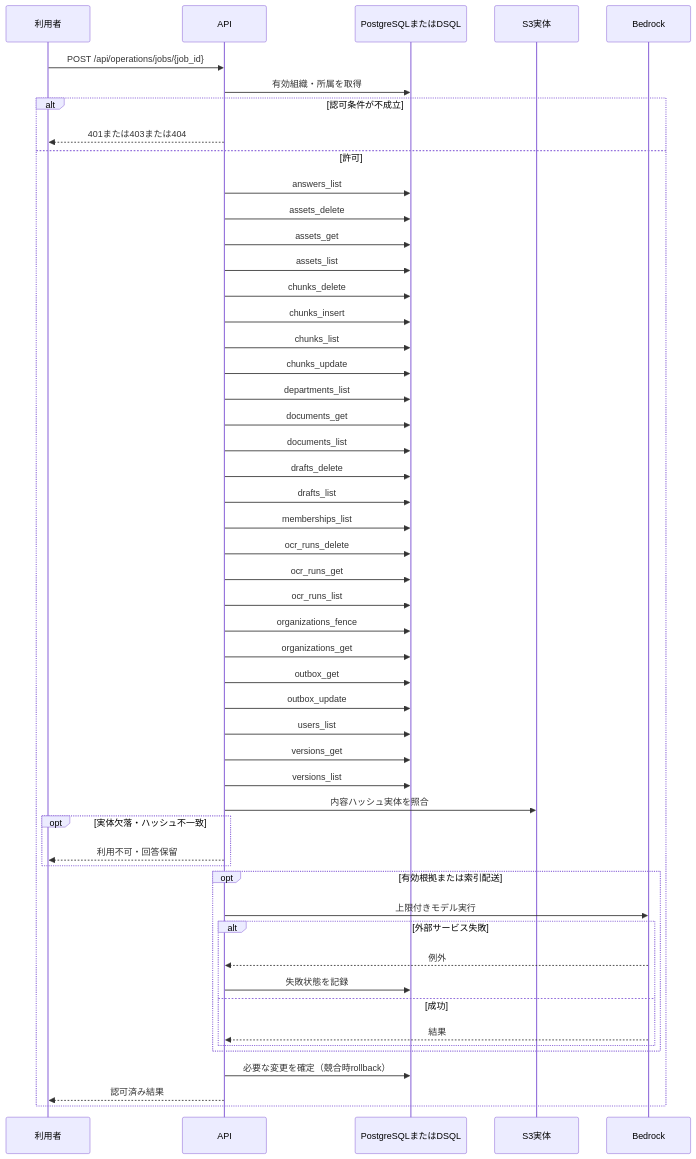
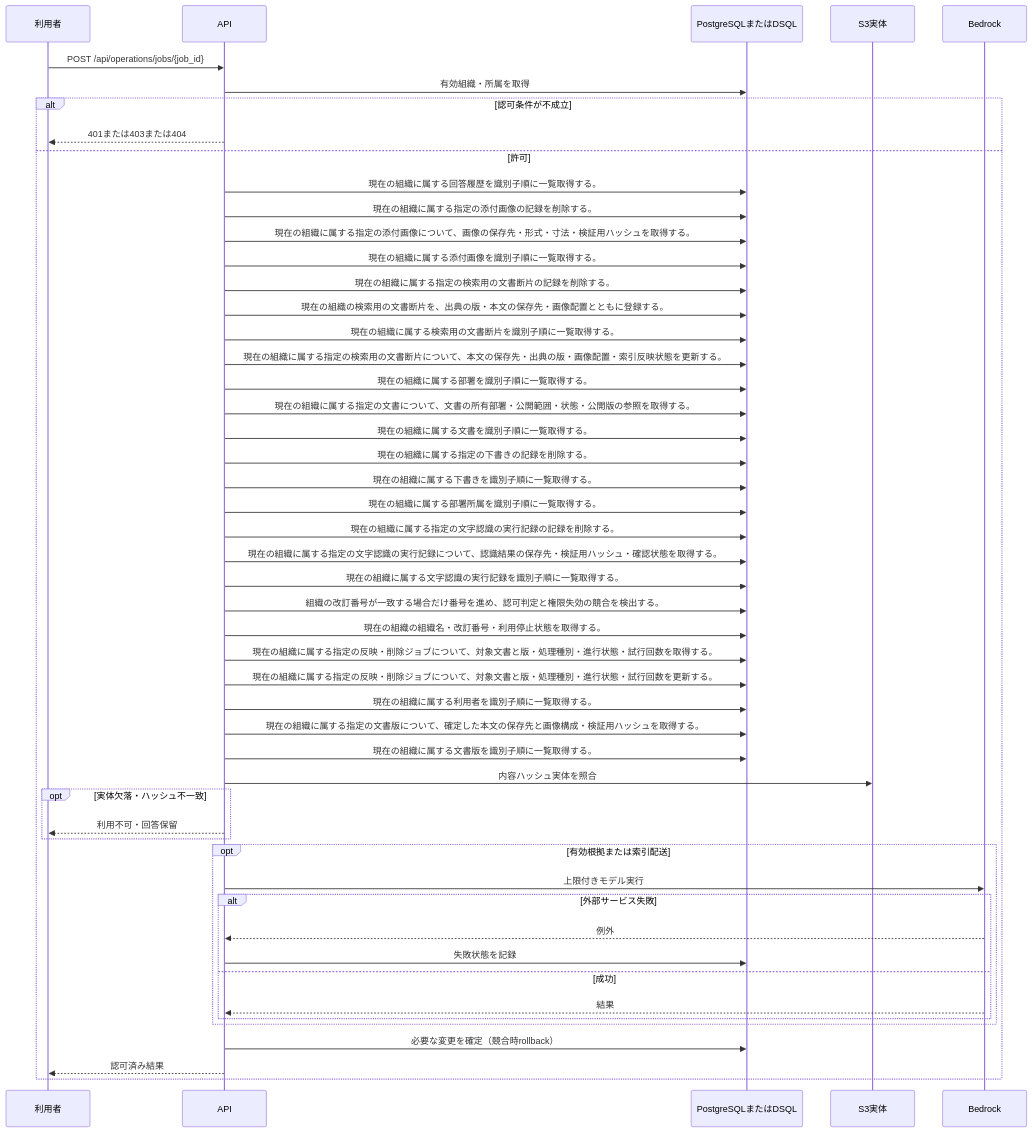
Before and after one commit to tsuji-tomonori/KotoRelay: the diagram in docs/design/generated/api/operations/retry_job/sequence.md, drawn with Mermaid. The commit also changed other lines of this file and 286 other files, not shown here.

````diff
--- a/docs/design/generated/api/operations/retry_job/sequence.md
+++ b/docs/design/generated/api/operations/retry_job/sequence.md
@@ -7,53 +7,53 @@
 ```mermaid
 sequenceDiagram
     participant U as 利用者
     participant A as API
     participant D as PostgreSQLまたはDSQL
     participant S as S3実体
     participant M as Bedrock
     U->>A: POST /api/operations/jobs/{job_id}
     A->>D: 有効組織・所属を取得
     alt 認可条件が不成立
         A-->>U: 401または403または404
     else 許可
-        A->>D: answers_list
-        A->>D: assets_delete
-        A->>D: assets_get
-        A->>D: assets_list
-        A->>D: chunks_delete
-        A->>D: chunks_insert
-        A->>D: chunks_list
-        A->>D: chunks_update
-        A->>D: departments_list
-        A->>D: documents_get
-        A->>D: documents_list
-        A->>D: drafts_delete
-        A->>D: drafts_list
-        A->>D: memberships_list
-        A->>D: ocr_runs_delete
-        A->>D: ocr_runs_get
-        A->>D: ocr_runs_list
-        A->>D: organizations_fence
-        A->>D: organizations_get
-        A->>D: outbox_get
-        A->>D: outbox_update
-        A->>D: users_list
-        A->>D: versions_get
-        A->>D: versions_list
+        A->>D: 現在の組織に属する回答履歴を識別子順に一覧取得する。
+        A->>D: 現在の組織に属する指定の添付画像の記録を削除する。
+        A->>D: 現在の組織に属する指定の添付画像について、画像の保存先・形式・寸法・検証用ハッシュを取得する。
+        A->>D: 現在の組織に属する添付画像を識別子順に一覧取得する。
+        A->>D: 現在の組織に属する指定の検索用の文書断片の記録を削除する。
+        A->>D: 現在の組織の検索用の文書断片を、出典の版・本文の保存先・画像配置とともに登録する。
+        A->>D: 現在の組織に属する検索用の文書断片を識別子順に一覧取得する。
+        A->>D: 現在の組織に属する指定の検索用の文書断片について、本文の保存先・出典の版・画像配置・索引反映状態を更新する。
+        A->>D: 現在の組織に属する部署を識別子順に一覧取得する。
+        A->>D: 現在の組織に属する指定の文書について、文書の所有部署・公開範囲・状態・公開版の参照を取得する。
+        A->>D: 現在の組織に属する文書を識別子順に一覧取得する。
+        A->>D: 現在の組織に属する指定の下書きの記録を削除する。
+        A->>D: 現在の組織に属する下書きを識別子順に一覧取得する。
+        A->>D: 現在の組織に属する部署所属を識別子順に一覧取得する。
+        A->>D: 現在の組織に属する指定の文字認識の実行記録の記録を削除する。
+        A->>D: 現在の組織に属する指定の文字認識の実行記録について、認識結果の保存先・検証用ハッシュ・確認状態を取得する。
+        A->>D: 現在の組織に属する文字認識の実行記録を識別子順に一覧取得する。
+        A->>D: 組織の改訂番号が一致する場合だけ番号を進め、認可判定と権限失効の競合を検出する。
+        A->>D: 現在の組織の組織名・改訂番号・利用停止状態を取得する。
+        A->>D: 現在の組織に属する指定の反映・削除ジョブについて、対象文書と版・処理種別・進行状態・試行回数を取得する。
+        A->>D: 現在の組織に属する指定の反映・削除ジョブについて、対象文書と版・処理種別・進行状態・試行回数を更新する。
+        A->>D: 現在の組織に属する利用者を識別子順に一覧取得する。
+        A->>D: 現在の組織に属する指定の文書版について、確定した本文の保存先と画像構成・検証用ハッシュを取得する。
+        A->>D: 現在の組織に属する文書版を識別子順に一覧取得する。
         A->>S: 内容ハッシュ実体を照合
         opt 実体欠落・ハッシュ不一致
             A-->>U: 利用不可・回答保留
         end
         opt 有効根拠または索引配送
             A->>M: 上限付きモデル実行
             alt 外部サービス失敗
                 M-->>A: 例外
                 A->>D: 失敗状態を記録
             else 成功
                 M-->>A: 結果
             end
         end
         A->>D: 必要な変更を確定（競合時rollback）
         A-->>U: 認可済み結果
     end
 ```
````
